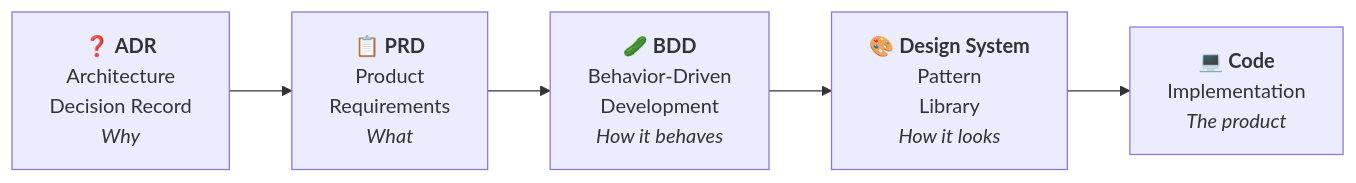
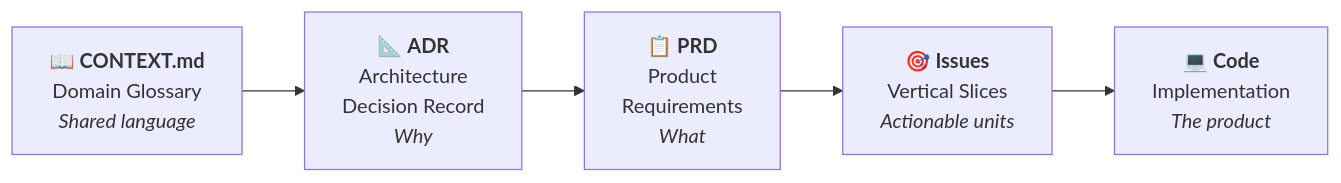
One commit to salvatorebottiglieri/coding_with_ai changed the first of 5 diagrams in 002_top_down_planning/slides.md. Above: the diagram before and after it, drawn with Mermaid. The commit also changed other lines of this file and 1 other file, not shown here.

First line of the commit message:
refactor(lesson-2): align Decision Stack with Matt Pocock's workflow

````diff
--- a/002_top_down_planning/slides.md
+++ b/002_top_down_planning/slides.md
@@ -216,10 +216,10 @@
 ```mermaid {scale: 0.55}
 graph LR
-    WHY["❓ <b>ADR</b><br/>Architecture<br/>Decision Record<br/><i>Why</i>"]
-    WHAT["📋 <b>PRD</b><br/>Product<br/>Requirements<br/><i>What</i>"]
-    HOW["🥒 <b>BDD</b><br/>Behavior-Driven<br/>Development<br/><i>How it behaves</i>"]
-    UI["🎨 <b>Design System</b><br/>Pattern<br/>Library<br/><i>How it looks</i>"]
+    GLOSSARY["📖 <b>CONTEXT.md</b><br/>Domain Glossary<br/><i>Shared language</i>"]
+    ADR["📐 <b>ADR</b><br/>Architecture<br/>Decision Record<br/><i>Why</i>"]
+    PRD["📋 <b>PRD</b><br/>Product<br/>Requirements<br/><i>What</i>"]
+    ISSUES["🎯 <b>Issues</b><br/>Vertical Slices<br/><i>Actionable units</i>"]
     CODE["💻 <b>Code</b><br/>Implementation<br/><i>The product</i>"]
 
-    WHY --> WHAT --> HOW --> UI --> CODE
+    GLOSSARY --> ADR --> PRD --> ISSUES --> CODE
 ```
````
